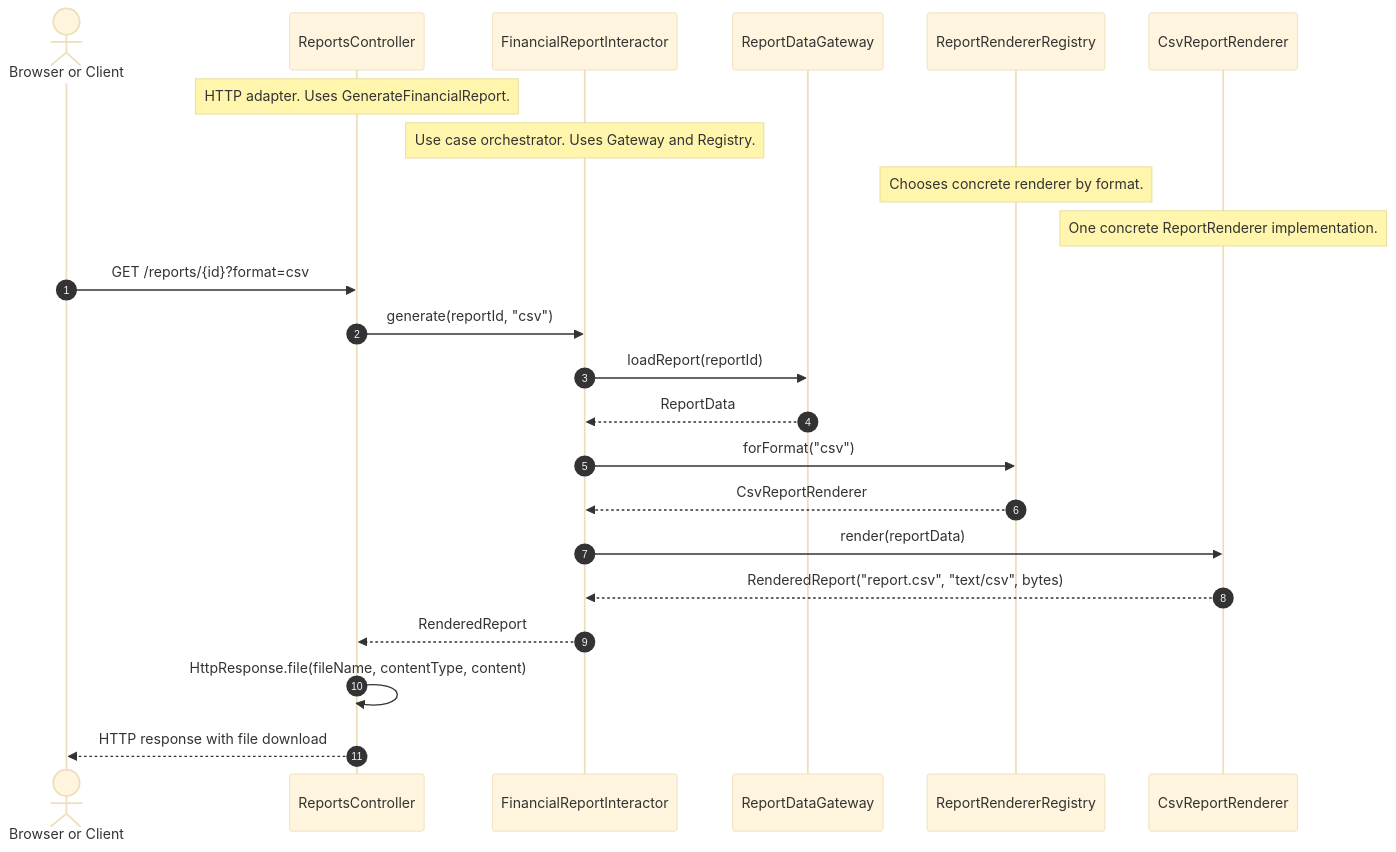
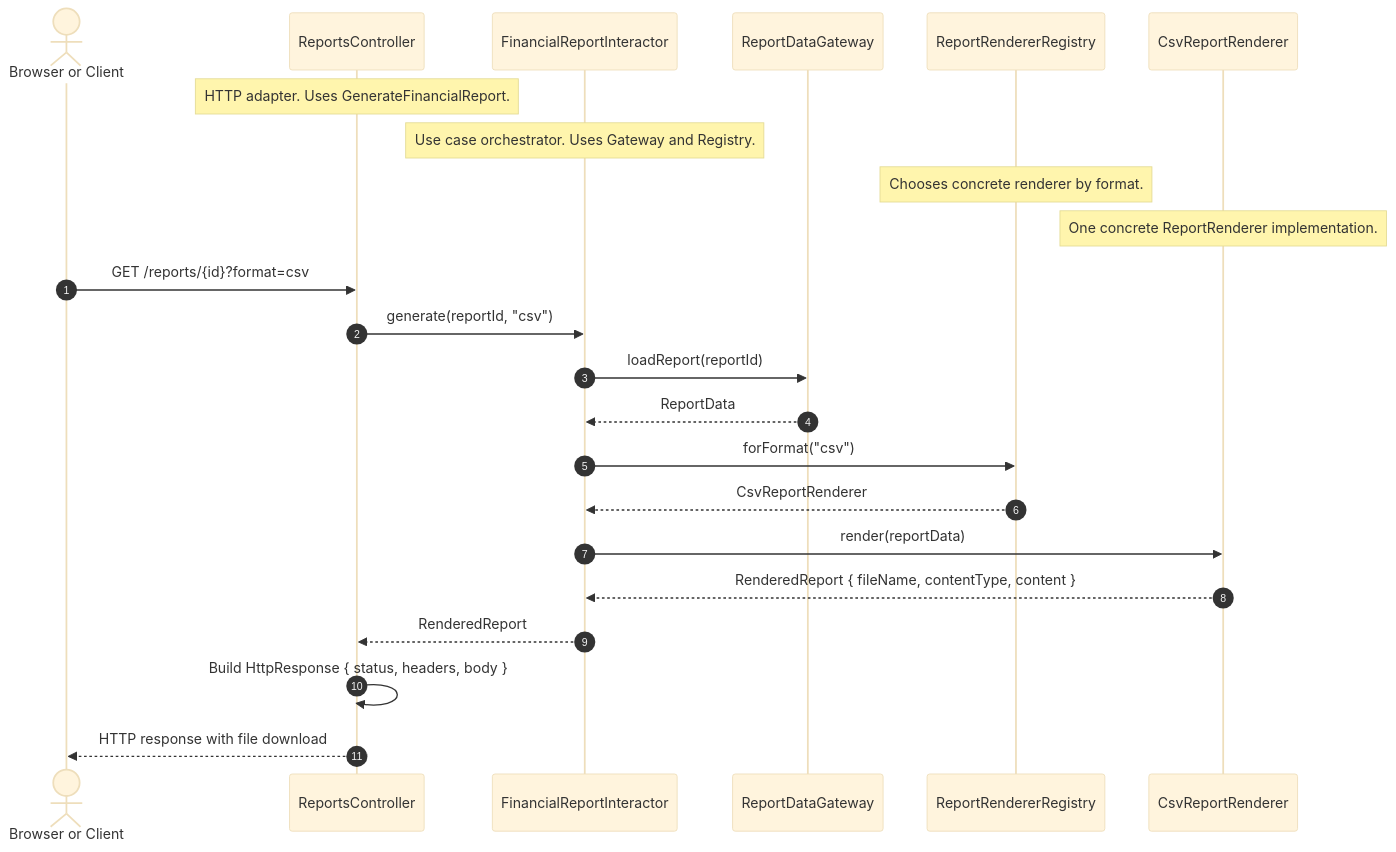
Before and after one commit to neskor-b/obsidian-dev-library: the diagram in vault/01-Sources/books/clean-architecture/04-Code/code-solid-csv-report-export.md, drawn with Mermaid (base theme). The commit also changed other lines of this file, not shown here.

Commit message:
refactor financial report generation to TypeScript and improve async handling

````diff
--- a/vault/01-Sources/books/clean-architecture/04-Code/code-solid-csv-report-export.md
+++ b/vault/01-Sources/books/clean-architecture/04-Code/code-solid-csv-report-export.md
@@ -174,27 +177,27 @@
 ```mermaid
 sequenceDiagram
     autonumber
     actor Client as Browser or Client
     participant Controller as ReportsController
     participant Interactor as FinancialReportInteractor
     participant Gateway as ReportDataGateway
     participant Registry as ReportRendererRegistry
     participant Renderer as CsvReportRenderer
 
     Note over Controller: HTTP adapter. Uses GenerateFinancialReport.
     Note over Interactor: Use case orchestrator. Uses Gateway and Registry.
     Note over Registry: Chooses concrete renderer by format.
     Note over Renderer: One concrete ReportRenderer implementation.
 
     Client->>Controller: GET /reports/{id}?format=csv
     Controller->>Interactor: generate(reportId, "csv")
     Interactor->>Gateway: loadReport(reportId)
     Gateway-->>Interactor: ReportData
     Interactor->>Registry: forFormat("csv")
     Registry-->>Interactor: CsvReportRenderer
     Interactor->>Renderer: render(reportData)
-    Renderer-->>Interactor: RenderedReport("report.csv", "text/csv", bytes)
+    Renderer-->>Interactor: RenderedReport { fileName, contentType, content }
     Interactor-->>Controller: RenderedReport
-    Controller->>Controller: HttpResponse.file(fileName, contentType, content)
+    Controller->>Controller: Build HttpResponse { status, headers, body }
     Controller-->>Client: HTTP response with file download
 ```
````
